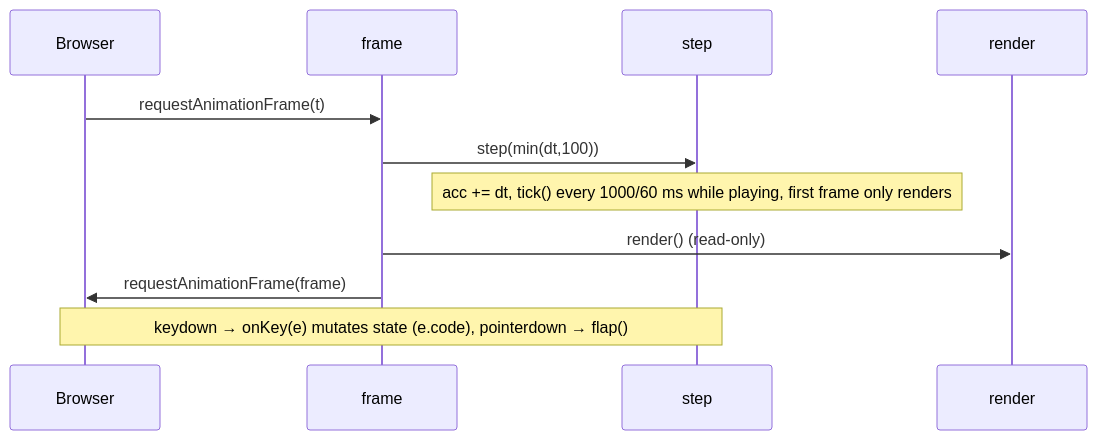
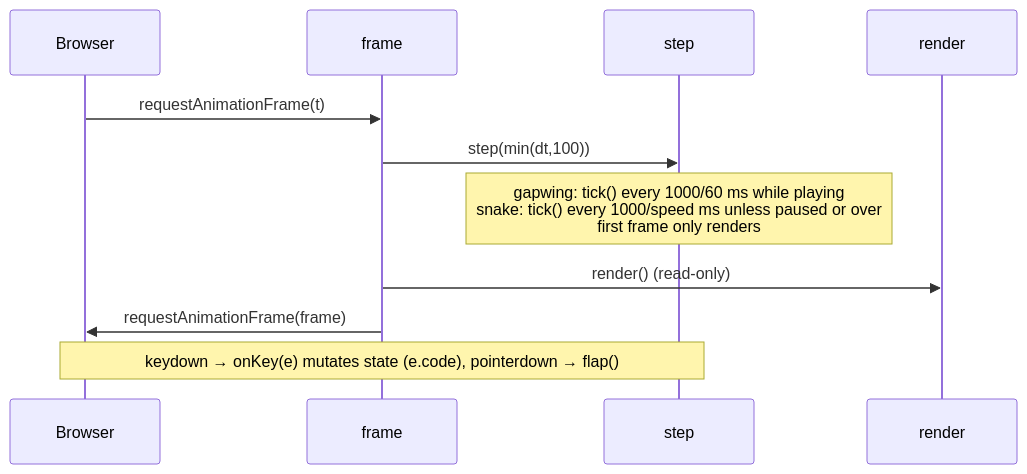
Before and after one commit to KPharcos/retro-games: the second of 3 diagrams in docs/CODEBASE_MAP.md, drawn with Mermaid. The commit also changed other lines of this file, not shown here.

First line of the commit message:
Refresh codebase map for Snake

````diff
--- a/docs/CODEBASE_MAP.md
+++ b/docs/CODEBASE_MAP.md
@@ -181,13 +182,13 @@
 ```mermaid
 sequenceDiagram
     participant Browser
     participant frame
     participant step
     participant render
     Browser->>frame: requestAnimationFrame(t)
     frame->>step: step(min(dt,100))
-    Note over step: acc += dt, tick() every 1000/60 ms while playing, first frame only renders
+    Note over step: gapwing: tick() every 1000/60 ms while playing<br/>snake: tick() every 1000/speed ms unless paused or over<br/>first frame only renders
     frame->>render: render() (read-only)
     frame->>Browser: requestAnimationFrame(frame)
     Note over Browser,step: keydown → onKey(e) mutates state (e.code), pointerdown → flap()
 ```
````
